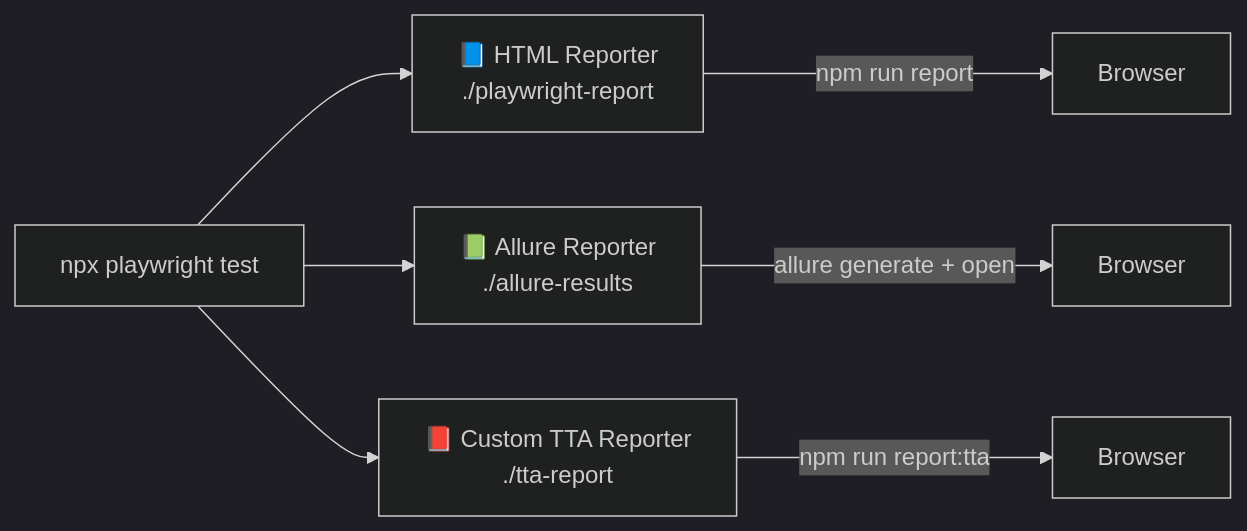
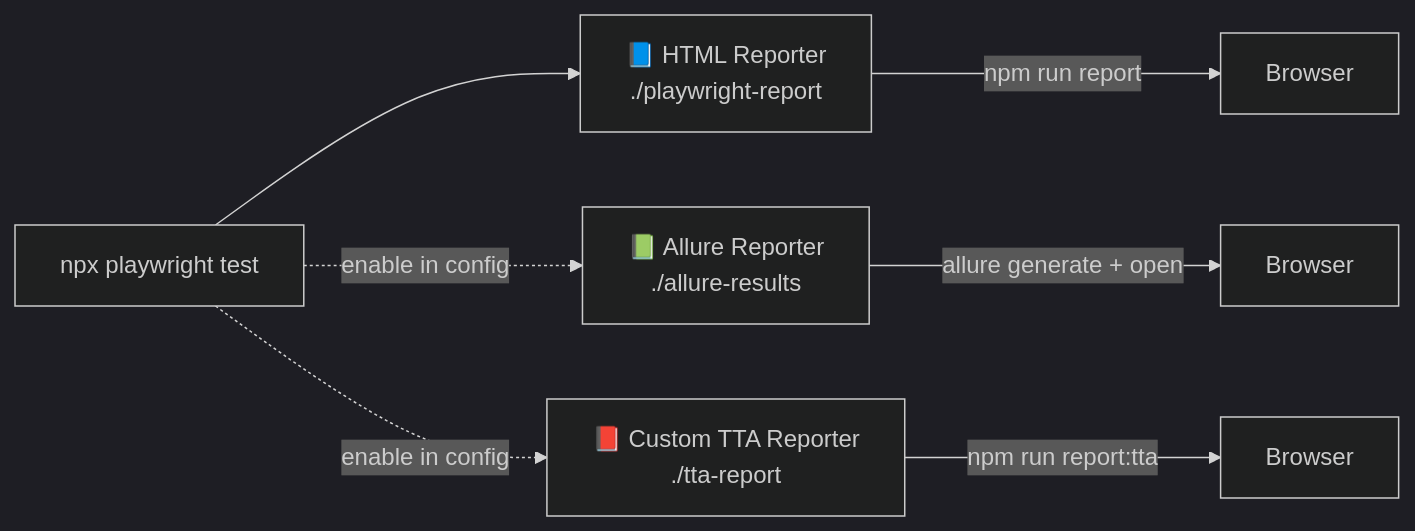
Before and after one commit to PramodDutta/LearningPlaywrightFundamentals: diagram 26 of 29 in README.md, drawn with Mermaid (dark theme). The commit also changed other lines of this file, not shown here.

````diff
--- a/README.md
+++ b/README.md
@@ -1387,9 +1420,9 @@
 ```mermaid
 flowchart LR
     T[npx playwright test] --> R1[📘 HTML Reporter<br/>./playwright-report]
-    T --> R2[📗 Allure Reporter<br/>./allure-results]
-    T --> R3[📕 Custom TTA Reporter<br/>./tta-report]
+    T -.enable in config.-> R2[📗 Allure Reporter<br/>./allure-results]
+    T -.enable in config.-> R3[📕 Custom TTA Reporter<br/>./tta-report]
     R1 -->|npm run report| V1[Browser]
     R2 -->|allure generate + open| V2[Browser]
     R3 -->|npm run report:tta| V3[Browser]
 ```
````
